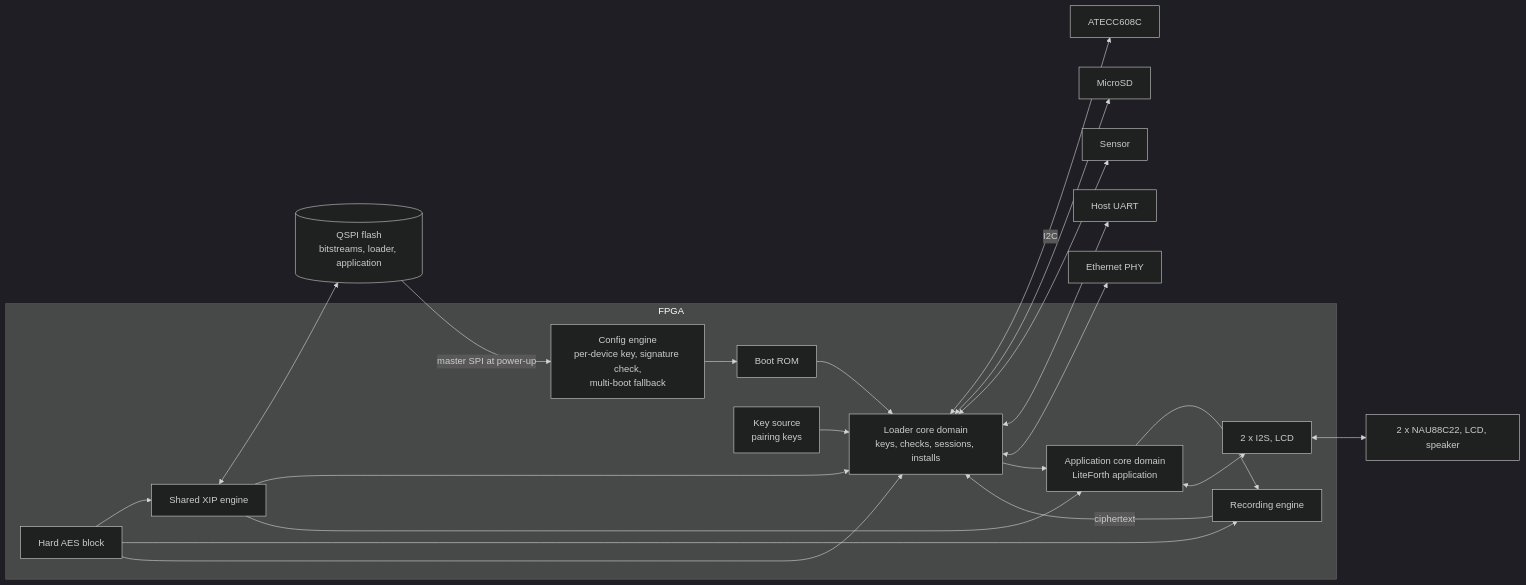
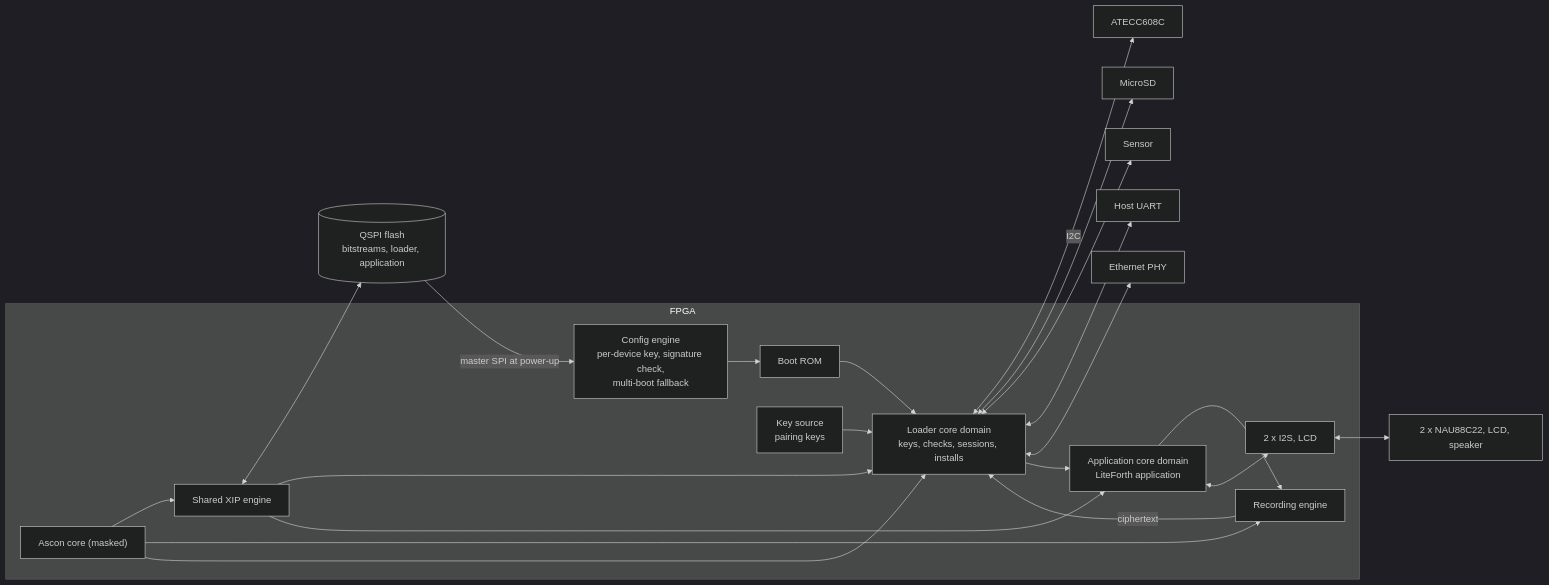
Before and after one commit to bradleyeckert/thriller: the diagram in doc/fpga.md, drawn with Mermaid (dark theme). The commit also changed other lines of this file and 18 other files, not shown here.

First line of the commit message:
Symmetric cryptography: masked Ascon-AEAD128 core replaces the hard AES block

````diff
--- a/doc/fpga.md
+++ b/doc/fpga.md
@@ -12,33 +12,33 @@
 ```mermaid
 flowchart LR
   subgraph FPGA["FPGA"]
     CFG["Config engine<br/>per-device key, signature check,<br/>multi-boot fallback"]
     ROM["Boot ROM"]
     LDR["Loader core domain<br/>keys, checks, sessions, installs"]
     APP["Application core domain<br/>LiteForth application"]
-    AES["Hard AES block"]
+    ASC["Ascon core (masked)"]
     KEYS["Key source<br/>pairing keys"]
     XIP["Shared XIP engine"]
     REC["Recording engine"]
     ACQ["2 x I2S, LCD"]
   end
   FL[("QSPI flash<br/>bitstreams, loader, application")]
   SE["ATECC608C"]
   SD["MicroSD"]
   SNS["Sensor"]
   HOST["Host UART"]
   ETH["Ethernet PHY"]
   COD["2 x NAU88C22, LCD, speaker"]
   FL -->|"master SPI at power-up"| CFG
   CFG --> ROM --> LDR
   KEYS --> LDR
   LDR <-->|I2C| SE
   LDR <--> SD & SNS & HOST & ETH
   LDR --> APP
   XIP <--> FL
   XIP --> LDR & APP
-  AES --> XIP & REC & LDR
+  ASC --> XIP & REC & LDR
   APP --> REC
   APP <--> ACQ <--> COD
   REC -->|ciphertext| LDR
 ```
````
